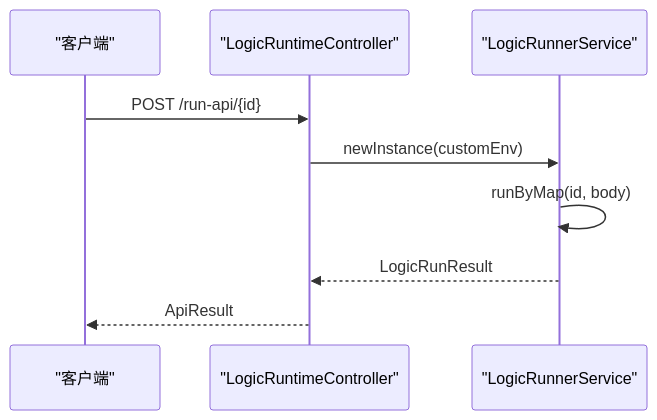
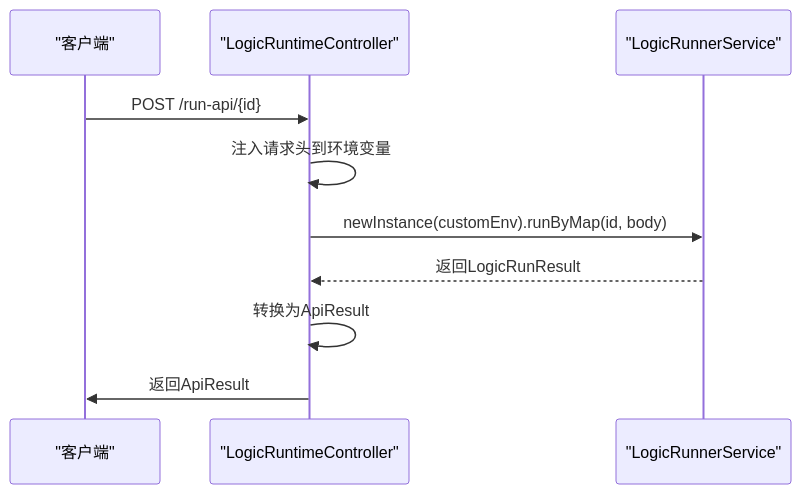
Before and after one commit to lk-keep-fighting/logic-solution: the first of 3 diagrams in .qoder/repowiki/zh/content/API参考/运行时API.md, drawn with Mermaid. The commit also changed other lines of this file and 104 other files, not shown here.

````diff
--- a/.qoder/repowiki/zh/content/API参考/运行时API.md
+++ b/.qoder/repowiki/zh/content/API参考/运行时API.md
@@ -43,11 +62,12 @@
 ```mermaid
 sequenceDiagram
 participant Client as "客户端"
 participant Controller as "LogicRuntimeController"
 participant Runner as "LogicRunnerService"
 Client->>Controller : POST /run-api/{id}
-Controller->>Runner : newInstance(customEnv)
-Runner->>Runner : runByMap(id, body)
-Runner-->>Controller : LogicRunResult
-Controller-->>Client : ApiResult
+Controller->>Controller : 注入请求头到环境变量
+Controller->>Runner : newInstance(customEnv).runByMap(id, body)
+Runner-->>Controller : 返回LogicRunResult
+Controller->>Controller : 转换为ApiResult
+Controller->>Client : 返回ApiResult
 ```
````
